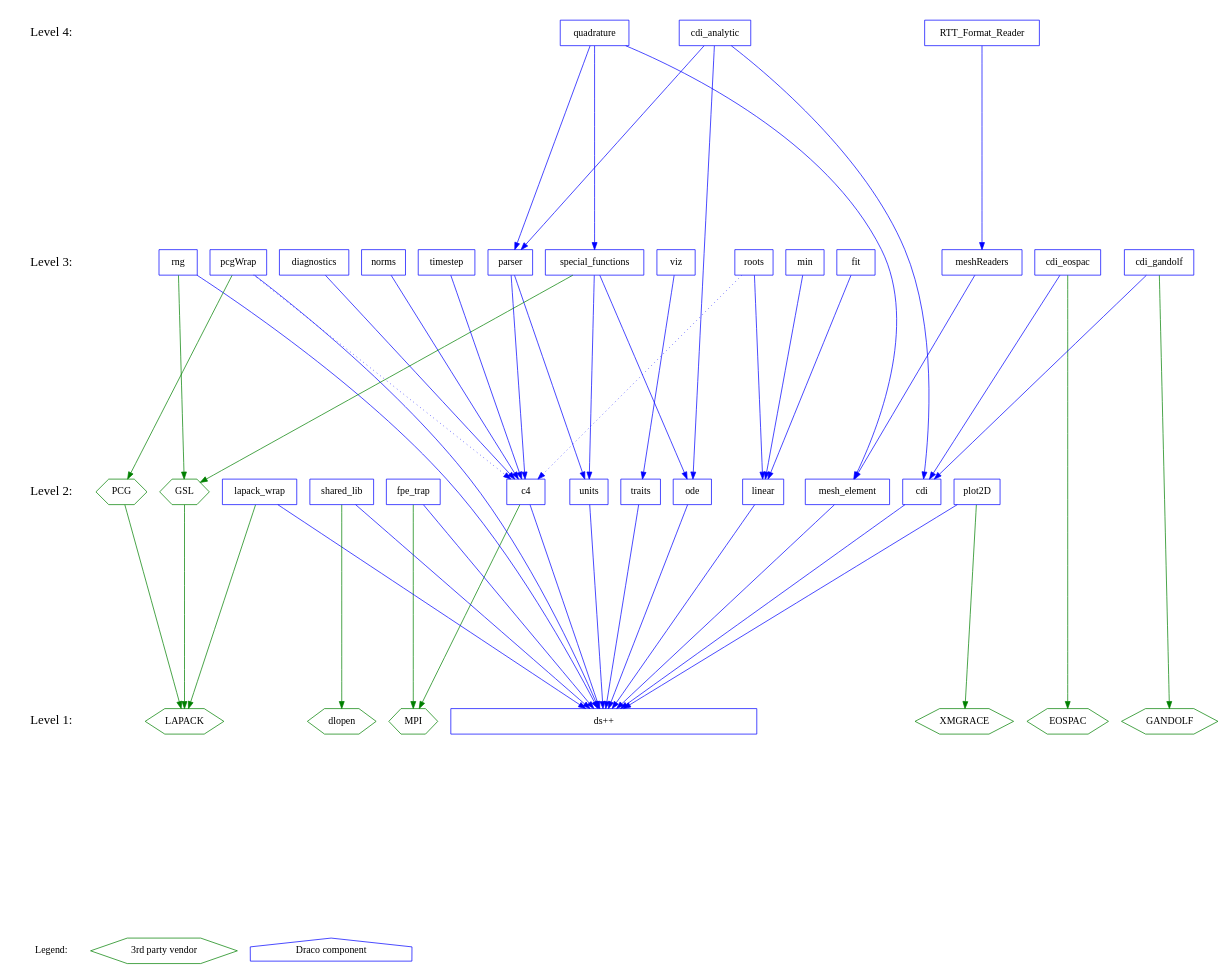
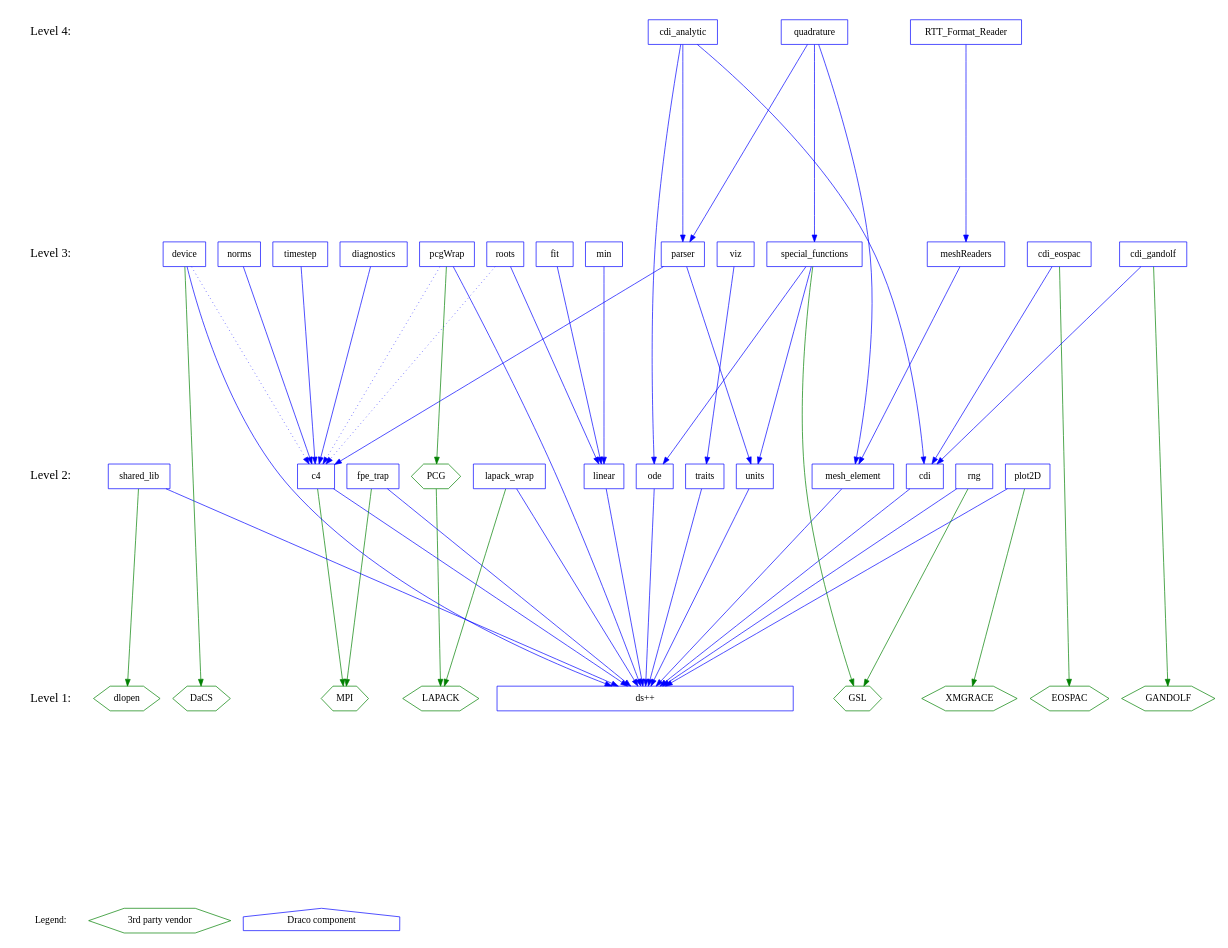
Before and after one commit to warsa/Draco: the diagram in doc/design/level.dot, drawn with Graphviz.

Commit message:
+ Add new package 'device' to the levelization diagram.

```diff
--- a/doc/design/level.dot
+++ b/doc/design/level.dot
@@ -1,134 +1,138 @@
 digraph draco_level {
     /* graph attributes */
     center=1;
     size="7.5,10";
     ranksep=4;
     
     /* levels */
     legend [shape=plaintext, label="Legend:", fontsize=14];
     level1 [shape=plaintext, label="Level 1:", fontsize=18];
     level2 [shape=plaintext, label="Level 2:", fontsize=18];
     level3 [shape=plaintext, label="Level 3:", fontsize=18];
     level4 [shape=plaintext, label="Level 4:", fontsize=18];
 /*     level5 [shape=plaintext, label="Level 5:", fontsize=18]; */
 /*    level6 [shape=plaintext, label="Level 6:", fontsize=18]; */
     
     /* level6 -> level5 -> */
     level4 -> level3 -> level2 -> level1 -> legend [style=invis];
     
     /* packages */
 
     /* legend */
     leg_vendor [shape=box, label="3rd party vendor", color=green, shape=hexagon];
     leg_draco  [shape=box, label="Draco component",  color=blue,  shape=house ];
 
     /* level 1 */
     vdlopen    [shape=hexagon, color=green, label="dlopen"];
     veospac    [shape=hexagon, color=green, label="EOSPAC"];
     vgandolf   [shape=hexagon, color=green, label="GANDOLF"];
     vgrace     [shape=hexagon, color=green, label="XMGRACE"];
     vlapack    [shape=hexagon, color=green, label="LAPACK"];
     vmpi       [shape=hexagon, color=green, label="MPI"];
+    vdacs      [shape=hexagon, color=green, label="DaCS"];
         
     dsxx [shape=box, color=blue, label="ds++", width=6];
     
     /* level 2 */
     vgsl       [shape=hexagon, color=green, label="GSL"];
     vpcg       [shape=hexagon, color=green, label="PCG"];
 
     c4         [shape=box, color=blue, label="c4"];
     cdi        [shape=box, color=blue, label="cdi"];
     fpetrap    [shape=box, color=blue, label="fpe_trap"];
     lapack     [shape=box, color=blue, label="lapack_wrap"];
     linear     [shape=box, color=blue, label="linear"];
     meshelement [shape=box, color=blue, label="mesh_element"];
     ode        [shape=box, color=blue, label="ode"];
     plot       [shape=box, color=blue, label="plot2D"];
     rng        [shape=box, color=blue, label="rng"];
     shlib      [shape=box, color=blue, label="shared_lib"];
     traits     [shape=box, color=blue, label="traits"];
     units      [shape=box, color=blue, label="units"];
         
     /* level 3 */
+    device    [shape=box, color=blue, label="device"];
     cdieos    [shape=box, color=blue, label="cdi_eospac"];
     cdigan    [shape=box, color=blue, label="cdi_gandolf"];
     diagnostics [shape=box, color=blue, label="diagnostics"];
     fit       [shape=box, color=blue, label="fit"];
     meshread  [shape=box, color=blue, label="meshReaders"];
     min       [shape=box, color=blue, label="min"];
     norms     [shape=box, color=blue, label="norms"];
     parser    [shape=box, color=blue, label="parser"];
     pcg       [shape=box, color=blue, label="pcgWrap"];
     roots     [shape=box, color=blue, label="roots"];
     sf        [shape=box, color=blue, label="special_functions"];
     timestep  [shape=box, color=blue, label="timestep"];
     viz       [shape=box, color=blue, label="viz"];
     
     /* level 4 */
     cdianal   [shape=box, color=blue, label="cdi_analytic"];
     quad      [shape=box, color=blue, label="quadrature"];
     rttread   [shape=box, color=blue, label="RTT_Format_Reader"];
     
     /* dependencies */
     {rank=same; legend leg_vendor leg_draco};
-    {rank=same; level1 dsxx vlapack vmpi veospac  vgandolf vgrace vdlopen};
+    {rank=same; level1 dsxx vlapack vmpi veospac vgandolf vgrace vdlopen vgsl vdacs};
     {rank=same; level2 shlib plot lapack traits c4 fpetrap units cdi vpcg ode linear};
     {rank=same; level3 viz timestep cdieos cdigan pcg meshread parser sf};
     {rank=same; level4 rttread quad};
     
     /* draco packages */
 
     /* NOTE:  hidden dependencies are in comments at the end of each line.
      * For example if a package depends on c4 it implicitly depends on dsxx
      * as well.  The dependency on dsxx is not shown explicitly on the
      * graph. 
     
     /* level 2 */
     c4          -> {dsxx}        [color=blue];
     c4          -> {vmpi}        [color=green];
     cdi         -> {dsxx}        [color=blue];
     fpetrap     -> {dsxx}        [color=blue];
     fpetrap     -> {vmpi}        [color=green];
     lapack      -> {dsxx}        [color=blue];
     lapack      -> {vlapack}     [color=green];
     linear      -> {dsxx}        [color=blue];
     meshelement -> {dsxx}        [color=blue];
     ode         -> {dsxx}        [color=blue];
     plot        -> {dsxx}        [color=blue];
     plot        -> {vgrace}      [color=green];
     rng         -> {dsxx}        [color=blue];
     rng         -> {vgsl}        [color=green];
     shlib       -> {dsxx}        [color=blue];
     shlib       -> {vdlopen}     [color=green];
     traits      -> {dsxx}        [color=blue];
     units       -> {dsxx}        [color=blue];
-    vgsl        -> {vlapack}     [color=green];
     vpcg        -> {vlapack}     [color=green];
     
     /* level 3 */
+    device      -> {dsxx}        [color=blue];
+    device      -> {c4}          [color=blue, style=dotted];
+    device      -> {vdacs}       [color=green];
     cdieos      -> {cdi}         [color=blue];
     cdieos      -> {veospac}     [color=green]; 
     cdigan      -> {cdi}         [color=blue]; 
     cdigan      -> {vgandolf}    [color=green];
     diagnostics -> {c4}          [color=blue];
     fit         -> {linear}      [color=blue];
     meshread    -> {meshelement} [color=blue];
     min         -> {linear}      [color=blue];
     norms       -> {c4}          [color=blue];
     parser      -> {c4 units}    [color=blue];
     pcg         -> {c4}          [color=blue style=dotted];
     pcg         -> {dsxx}        [color=blue];
     pcg         -> {vpcg}        [color=green];
     roots       -> {linear}      [color=blue];
     roots       -> {c4}          [color=blue, style=dotted];
     sf          -> {units ode}   [color=blue];
     sf          -> {vgsl}        [color=green];
     timestep    -> {c4}          [color=blue];
     viz         -> {traits}      [color=blue];
 
     /* level 4 */
     cdianal     -> {parser cdi ode}        [color=blue];
     quad        -> {sf meshelement parser} [color=blue];
     rttread     -> {meshread}              [color=blue];
 
 }
```
